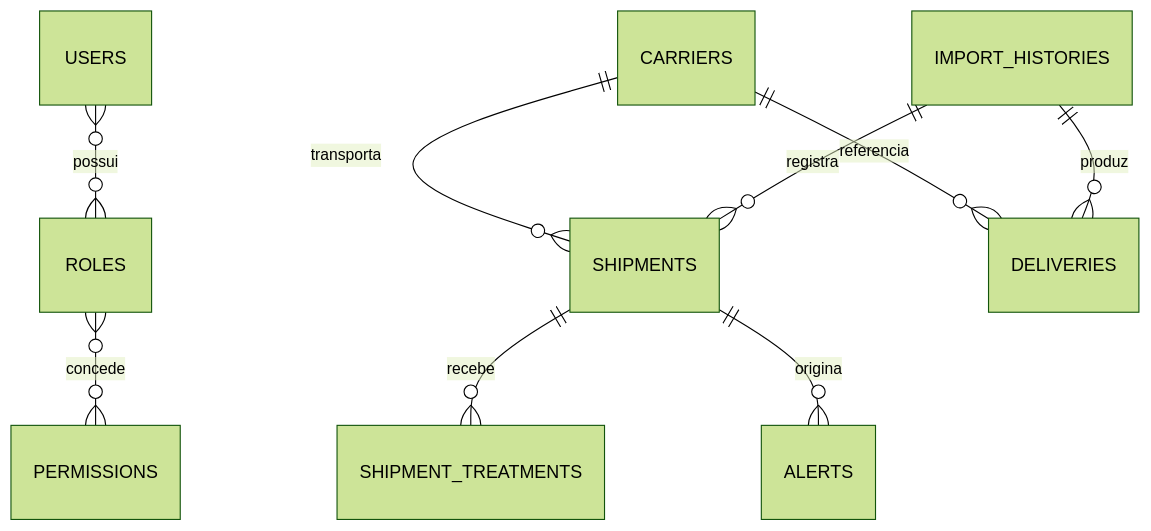
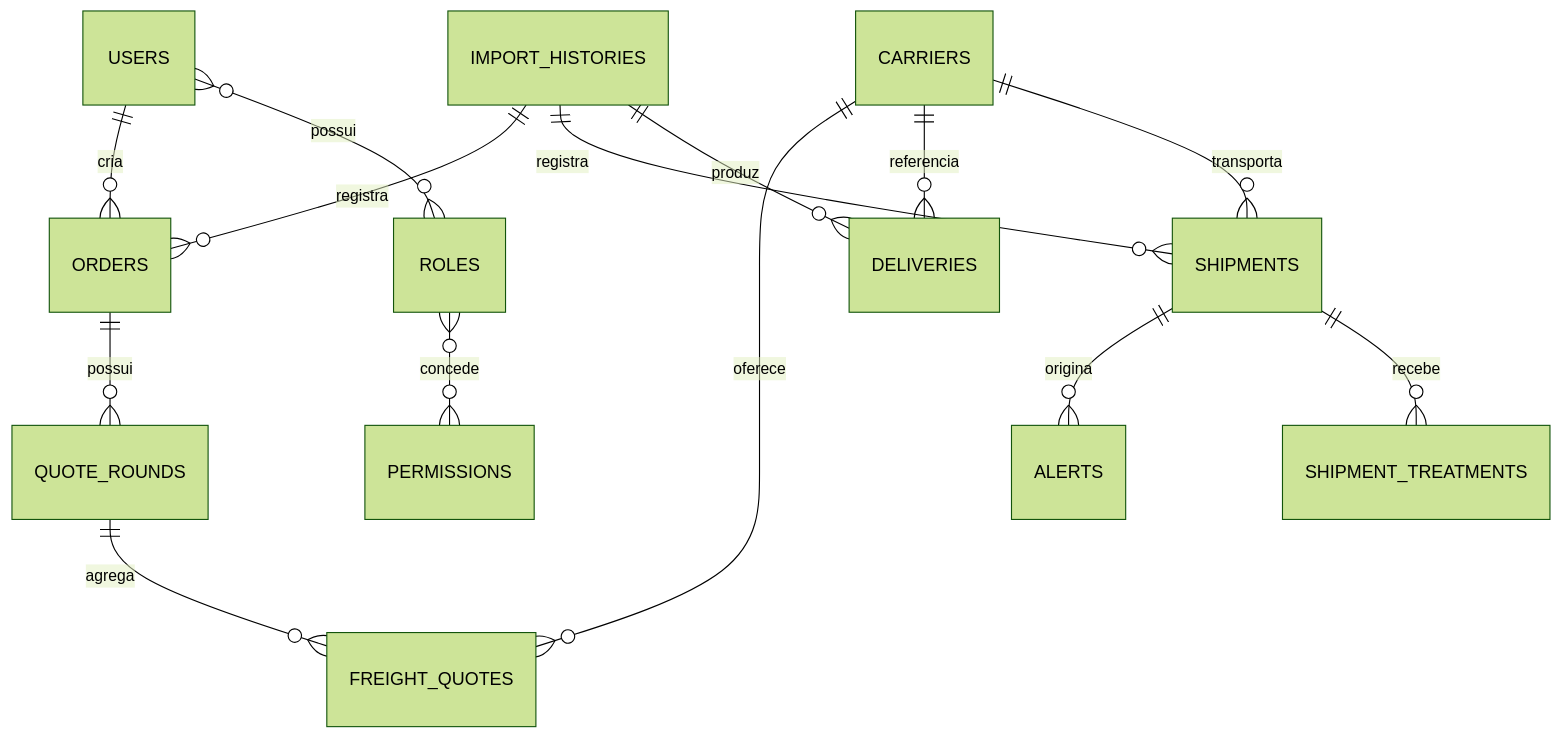
One commit to Dev-RuiDiniz/Ilex_Logistica changed the diagram in BANCO_DADOS.md. Above: the diagram before and after it, drawn with Mermaid (forest theme). The commit also changed other lines of this file and 5 other files, not shown here.

````diff
--- a/BANCO_DADOS.md
+++ b/BANCO_DADOS.md
@@ -23,11 +23,16 @@
 ```mermaid
 erDiagram
     USERS }o--o{ ROLES : possui
     ROLES }o--o{ PERMISSIONS : concede
     CARRIERS ||--o{ SHIPMENTS : transporta
     CARRIERS ||--o{ DELIVERIES : referencia
     IMPORT_HISTORIES ||--o{ DELIVERIES : produz
     IMPORT_HISTORIES ||--o{ SHIPMENTS : registra
     SHIPMENTS ||--o{ SHIPMENT_TREATMENTS : recebe
     SHIPMENTS ||--o{ ALERTS : origina
+    IMPORT_HISTORIES ||--o{ ORDERS : registra
+    USERS ||--o{ ORDERS : cria
+    ORDERS ||--o{ QUOTE_ROUNDS : possui
+    QUOTE_ROUNDS ||--o{ FREIGHT_QUOTES : agrega
+    CARRIERS ||--o{ FREIGHT_QUOTES : oferece
 ```
````
